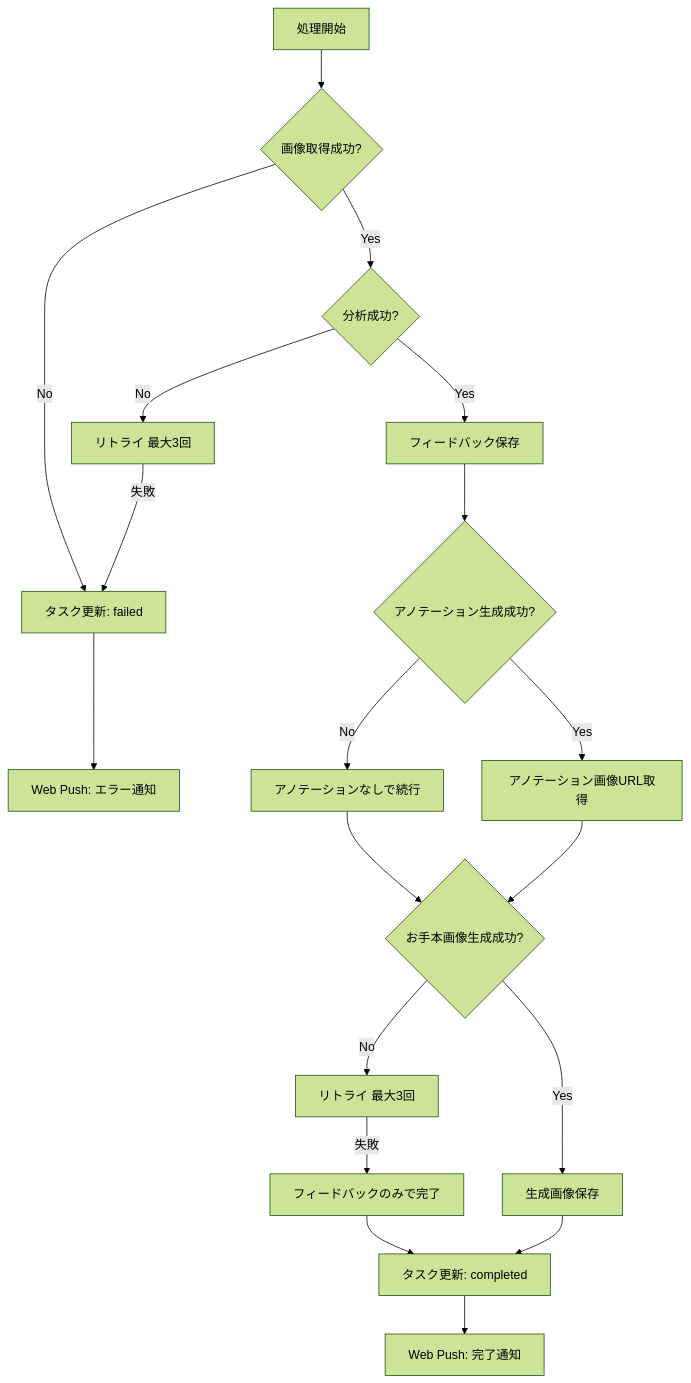
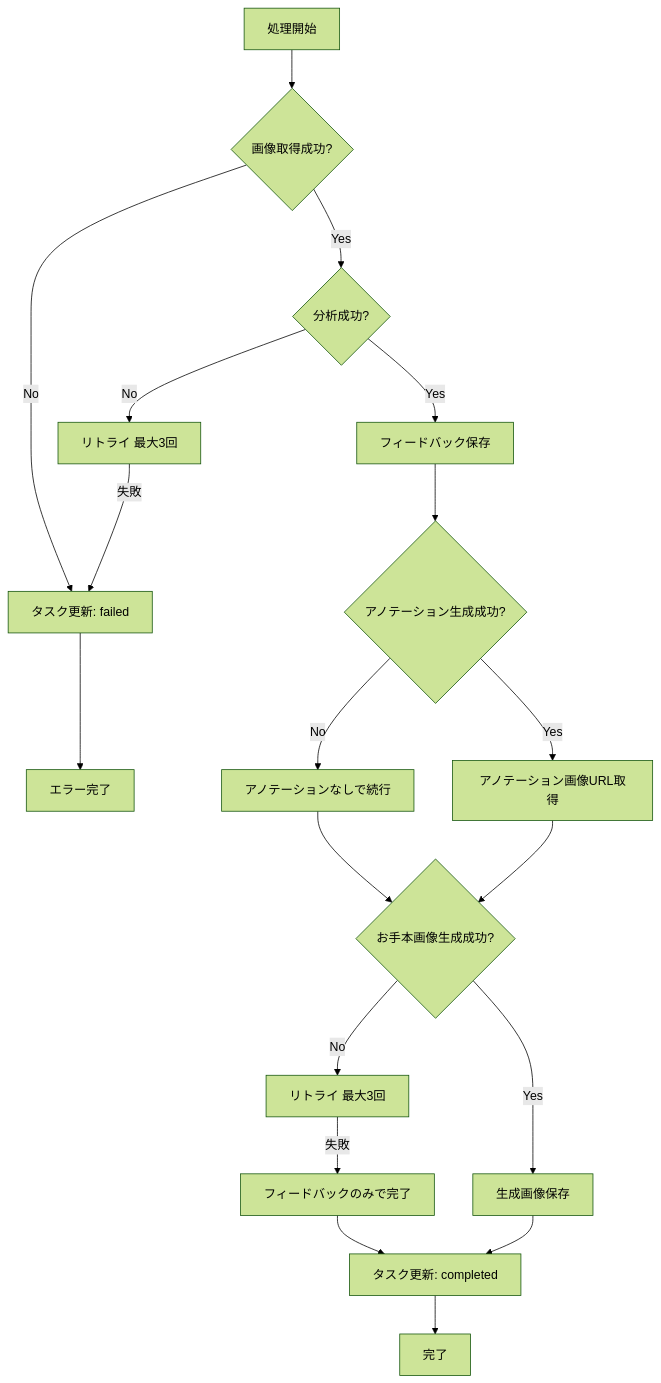
The third of 6 diagrams in docs/functional-design.md (nuance-sudo/drawing-practice-agent-gch4), drawn with Mermaid (forest theme) before and after one commit. The commit also changed other lines of this file and 10 other files, not shown here.

````diff
--- a/docs/functional-design.md
+++ b/docs/functional-design.md
@@ -127,21 +132,21 @@
 ```mermaid
 flowchart TB
     A[処理開始] --> B{画像取得成功?}
     B -->|No| C[タスク更新: failed]
     B -->|Yes| D{分析成功?}
     D -->|No| E[リトライ 最大3回]
     E -->|失敗| C
     D -->|Yes| F[フィードバック保存]
     F --> G{アノテーション生成成功?}
     G -->|No| G2[アノテーションなしで続行]
     G -->|Yes| G3[アノテーション画像URL取得]
     G2 --> H{お手本画像生成成功?}
     G3 --> H
     H -->|No| I[リトライ 最大3回]
     I -->|失敗| J[フィードバックのみで完了]
     H -->|Yes| K[生成画像保存]
     J --> L[タスク更新: completed]
     K --> L
-    C --> M[Web Push: エラー通知]
-    L --> N[Web Push: 完了通知]
+    C --> M[エラー完了]
+    L --> N[完了]
 ```
````
